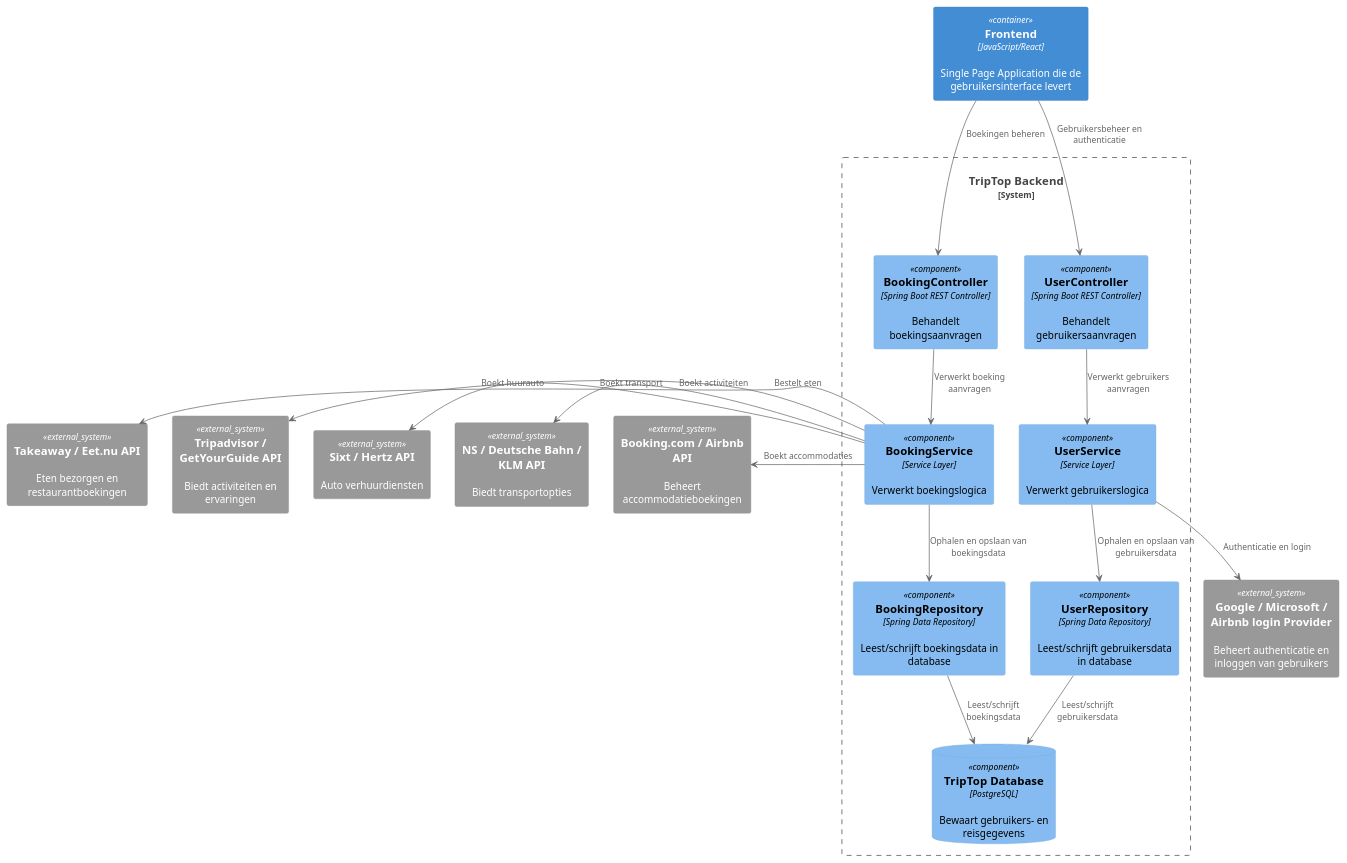
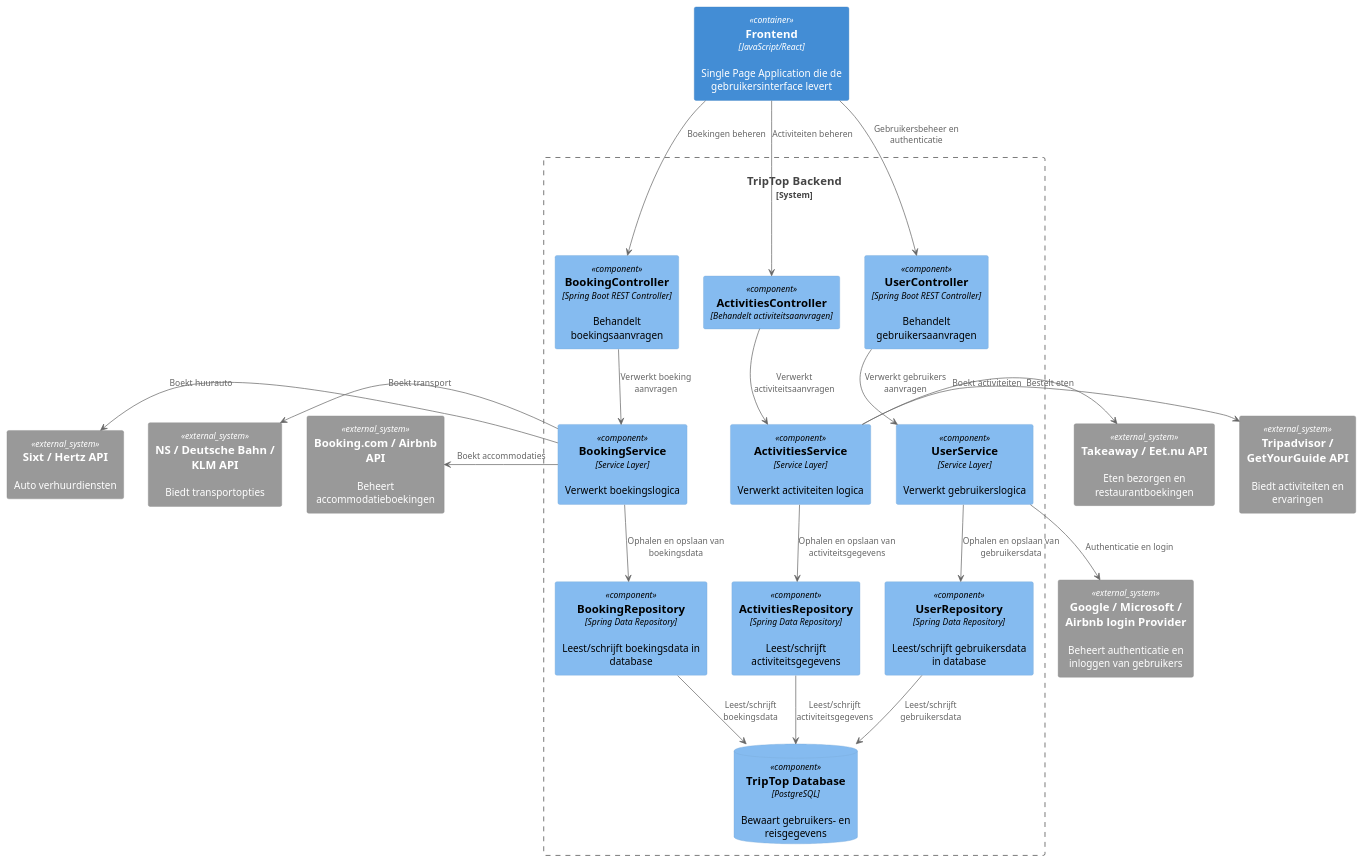
Before and after one commit to AIM-ENE-feb25/triptop-groep-3: the diagram in opdracht-diagrammen/C4 Component/Component diagram - Cas.puml, drawn with PlantUML.

Commit message:
Updated: C4 Container dia.. Cas

```diff
--- a/opdracht-diagrammen/C4 Component/Component diagram - Cas.puml
+++ b/opdracht-diagrammen/C4 Component/Component diagram - Cas.puml
@@ -1,45 +1,49 @@
 @startuml C4_Components
 !include https://raw.githubusercontent.com/plantuml-stdlib/C4-PlantUML/master/C4_Component.puml
 
 Container(Frontend, "Frontend", "JavaScript/React", "Single Page Application die de gebruikersinterface levert")
 
-
-
-' Definieer Backend Componenten
+' Backend Componenten
 System_Boundary(Backend, "TripTop Backend") {
     Component(BookingController, "BookingController", "Spring Boot REST Controller", "Behandelt boekingsaanvragen")
     Component(BookingService, "BookingService", "Service Layer", "Verwerkt boekingslogica")
+    Component(ActivitiesService, "ActivitiesService", "Service Layer", "Verwerkt activiteiten logica")
     Component(BookingRepository, "BookingRepository", "Spring Data Repository", "Leest/schrijft boekingsdata in database")
-
+    Component(ActivitiesController, ActivitiesController, Behandelt activiteitsaanvragen)
     Component(UserController, "UserController", "Spring Boot REST Controller", "Behandelt gebruikersaanvragen")
     Component(UserService, "UserService", "Service Layer", "Verwerkt gebruikerslogica")
     Component(UserRepository, "UserRepository", "Spring Data Repository", "Leest/schrijft gebruikersdata in database")
+    Component(ActivitiesRepository, ActivitiesRepository, Spring Data Repository, "Leest/schrijft activiteitsgegevens")
 
     ComponentDb(Database, "TripTop Database", "PostgreSQL", "Bewaart gebruikers- en reisgegevens")
 }
 
+' Externe systemen
 System_Ext(BookingAPI, "Booking.com / Airbnb API", "Beheert accommodatieboekingen")
 System_Ext(TransportAPI, "NS / Deutsche Bahn / KLM API", "Biedt transportopties")
 System_Ext(CarRentAPI, "Sixt / Hertz API", "Auto verhuurdiensten")
 System_Ext(ActivitiesAPI, "Tripadvisor / GetYourGuide API", "Biedt activiteiten en ervaringen")
 System_Ext(FoodAPI, "Takeaway / Eet.nu API", "Eten bezorgen en restaurantboekingen")
 System_Ext(IdProviderAPI, "Google / Microsoft / Airbnb login Provider", "Beheert authenticatie en inloggen van gebruikers")
 
 ' Relaties
 BookingController -down-> BookingService : "Verwerkt boeking aanvragen"
 BookingService -down-> BookingRepository : "Ophalen en opslaan van boekingsdata"
 BookingRepository -down-> Database : "Leest/schrijft boekingsdata"
 BookingService -left-> BookingAPI : "Boekt accommodaties"
 BookingService -left-> TransportAPI : "Boekt transport"
 BookingService -left-> CarRentAPI : "Boekt huurauto"
-BookingService -left-> ActivitiesAPI : "Boekt activiteiten"
-BookingService -left-> FoodAPI : "Bestelt eten"
+ActivitiesService -> FoodAPI : "Bestelt eten"
 Frontend -down-> BookingController : "Boekingen beheren"
 Frontend -down-> UserController : "Gebruikersbeheer en authenticatie"
-
+Frontend -down-> ActivitiesController : "Activiteiten beheren"
+ActivitiesService -> ActivitiesAPI : "Boekt activiteiten"
+ActivitiesController -down-> ActivitiesService : "Verwerkt activiteitsaanvragen"
 UserController -down-> UserService : "Verwerkt gebruikers aanvragen"
 UserService -down-> UserRepository : "Ophalen en opslaan van gebruikersdata"
 UserRepository -down-> Database : "Leest/schrijft gebruikersdata"
 UserService -down-> IdProviderAPI : "Authenticatie en login"
+ActivitiesService -down-> ActivitiesRepository : "Ophalen en opslaan van activiteitsgegevens"
+ActivitiesRepository -down-> Database : "Leest/schrijft activiteitsgegevens"
 
 @enduml
```
